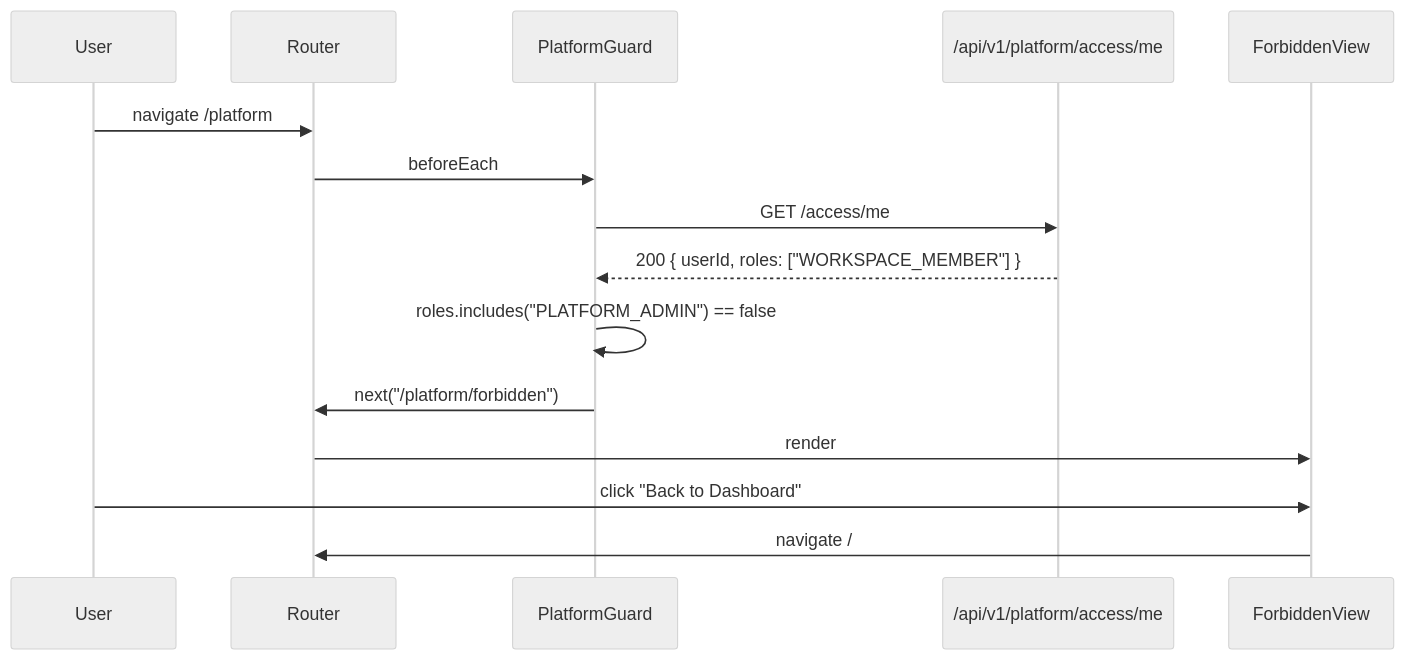
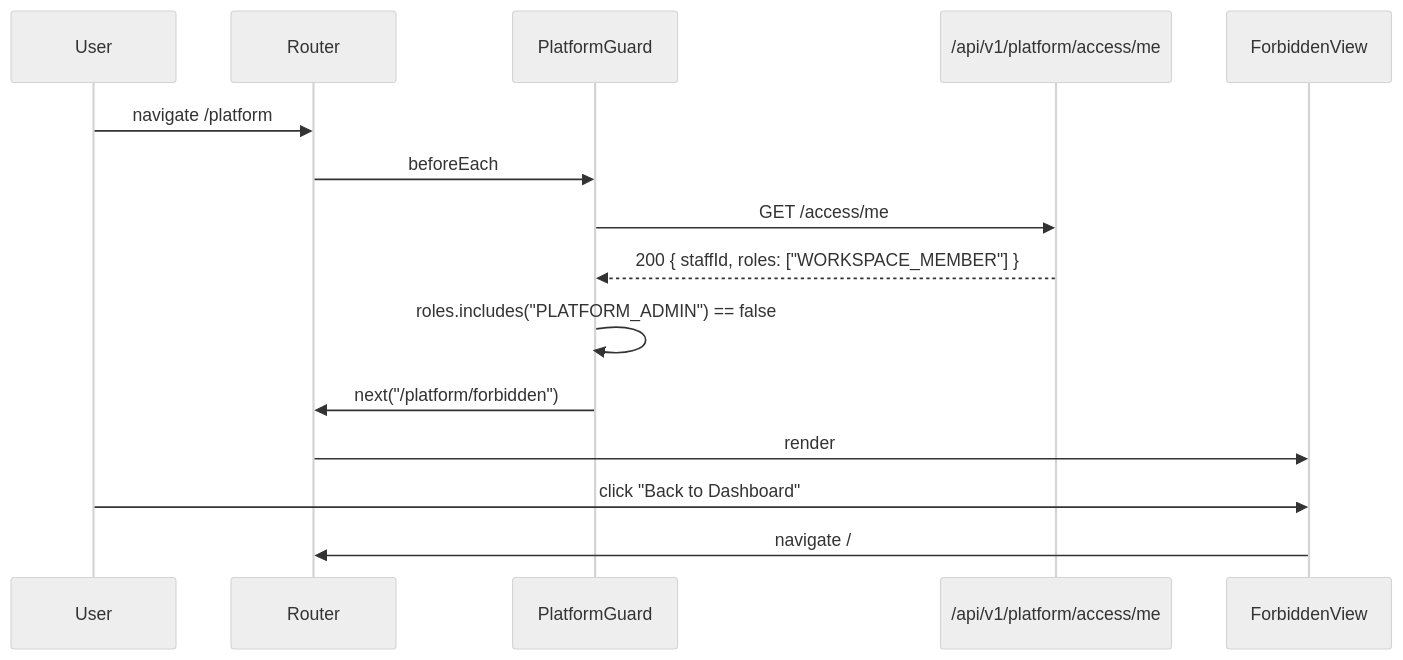
One commit to wwa-lab/Agentic-SDLC-Control-Tower changed the tenth of 14 diagrams in docs/04-architecture/platform-center-data-flow.md. Above: the diagram before and after it, drawn with Mermaid (neutral theme). The commit also changed other lines of this file and 88 other files, not shown here.

````diff
--- a/docs/04-architecture/platform-center-data-flow.md
+++ b/docs/04-architecture/platform-center-data-flow.md
@@ -360,18 +383,18 @@
 ```mermaid
 sequenceDiagram
     participant User
     participant Router
     participant Guard as PlatformGuard
     participant API as /api/v1/platform/access/me
     participant View403 as ForbiddenView
 
     User->>Router: navigate /platform
     Router->>Guard: beforeEach
     Guard->>API: GET /access/me
-    API-->>Guard: 200 { userId, roles: ["WORKSPACE_MEMBER"] }
+    API-->>Guard: 200 { staffId, roles: ["WORKSPACE_MEMBER"] }
     Guard->>Guard: roles.includes("PLATFORM_ADMIN") == false
     Guard->>Router: next("/platform/forbidden")
     Router->>View403: render
     User->>View403: click "Back to Dashboard"
     View403->>Router: navigate /
 ```
````
